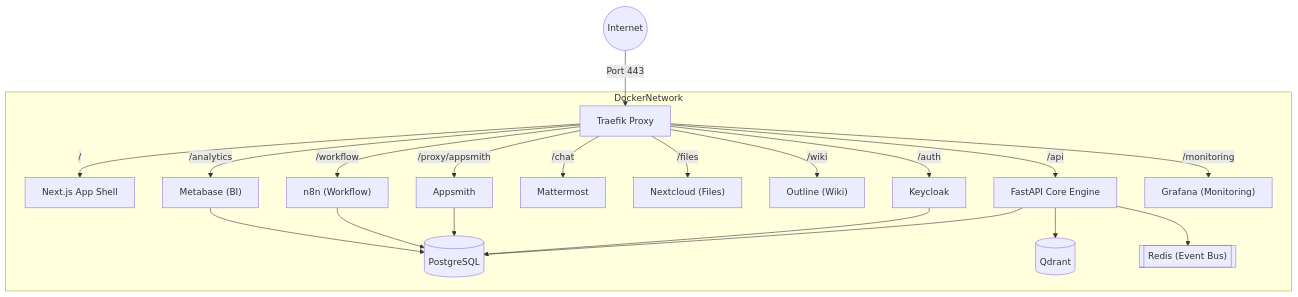
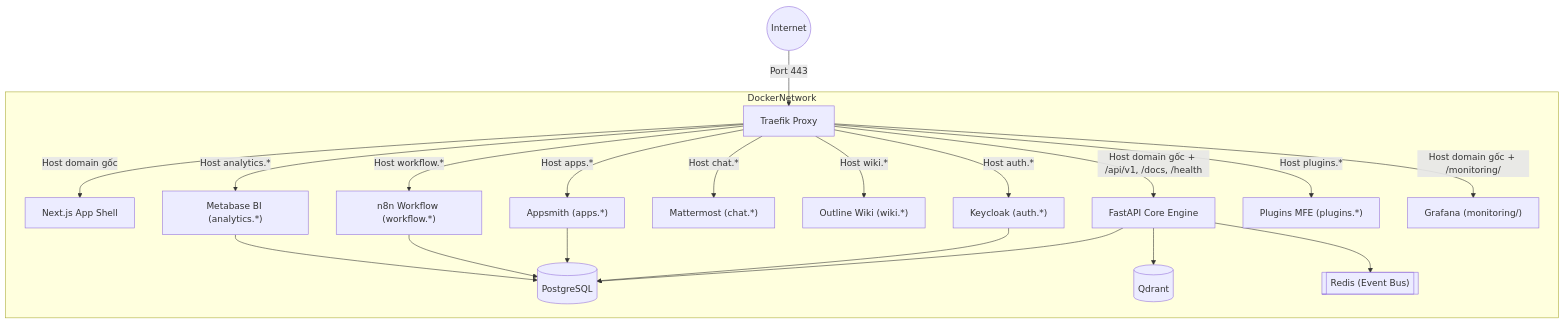
Before and after one commit to CuongKenn/ICTU_Proteus-os: the first of 2 diagrams in docs/deployment.md, drawn with Mermaid. The commit also changed other lines of this file and 67 other files, not shown here.

First line of the commit message:
fix(security): full review hardening — schema align, anti-SQLi/traversal, RBAC/IDOR, webhook fail-closed, approval atomic, deploy pin + BFF fix

````diff
--- a/docs/deployment.md
+++ b/docs/deployment.md
@@ -46,39 +50,39 @@
 ```mermaid
 graph TD
     Internet((Internet)) -->|"Port 443"| Traefik["Traefik Proxy"]
     
     subgraph DockerNetwork
         UI["Next.js App Shell"]
         Core["FastAPI Core Engine"]
-        Keycloak["Keycloak"]
-        Appsmith["Appsmith"]
-        Mattermost["Mattermost"]
-        Nextcloud["Nextcloud (Files)"]
-        Outline["Outline (Wiki)"]
-        N8n["n8n (Workflow)"]
-        Metabase["Metabase (BI)"]
-        Grafana["Grafana (Monitoring)"]
+        Keycloak["Keycloak (auth.*)"]
+        Appsmith["Appsmith (apps.*)"]
+        Mattermost["Mattermost (chat.*)"]
+        Outline["Outline Wiki (wiki.*)"]
+        N8n["n8n Workflow (workflow.*)"]
+        Metabase["Metabase BI (analytics.*)"]
+        PluginsMFE["Plugins MFE (plugins.*)"]
+        Grafana["Grafana (monitoring/)"]
         PG[("PostgreSQL")]
         Qdrant[("Qdrant")]
         Redis[["Redis (Event Bus)"]]
         
-        Traefik -->|"/"| UI
-        Traefik -->|"/api"| Core
-        Traefik -->|"/auth"| Keycloak
-        Traefik -->|"/proxy/appsmith"| Appsmith
-        Traefik -->|"/chat"| Mattermost
-        Traefik -->|"/files"| Nextcloud
-        Traefik -->|"/wiki"| Outline
-        Traefik -->|"/workflow"| N8n
-        Traefik -->|"/analytics"| Metabase
-        Traefik -->|"/monitoring"| Grafana
+        Traefik -->|Host domain gốc| UI
+        Traefik -->|Host domain gốc + /api/v1, /docs, /health| Core
+        Traefik -->|Host auth.*| Keycloak
+        Traefik -->|Host apps.*| Appsmith
+        Traefik -->|Host chat.*| Mattermost
+        Traefik -->|Host wiki.*| Outline
+        Traefik -->|Host workflow.*| N8n
+        Traefik -->|Host analytics.*| Metabase
+        Traefik -->|Host plugins.*| PluginsMFE
+        Traefik -->|Host domain gốc + /monitoring/| Grafana
         
         Core --> PG
         Core --> Qdrant
         Core --> Redis
         Keycloak --> PG
         Appsmith --> PG
         N8n --> PG
         Metabase --> PG
     end
 ```
````
